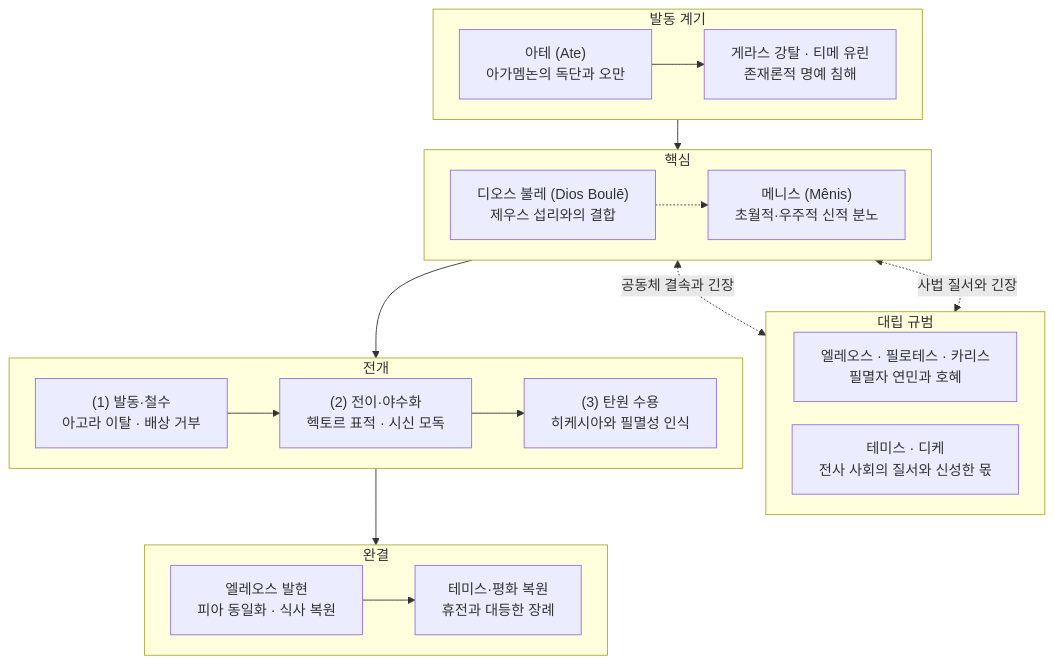
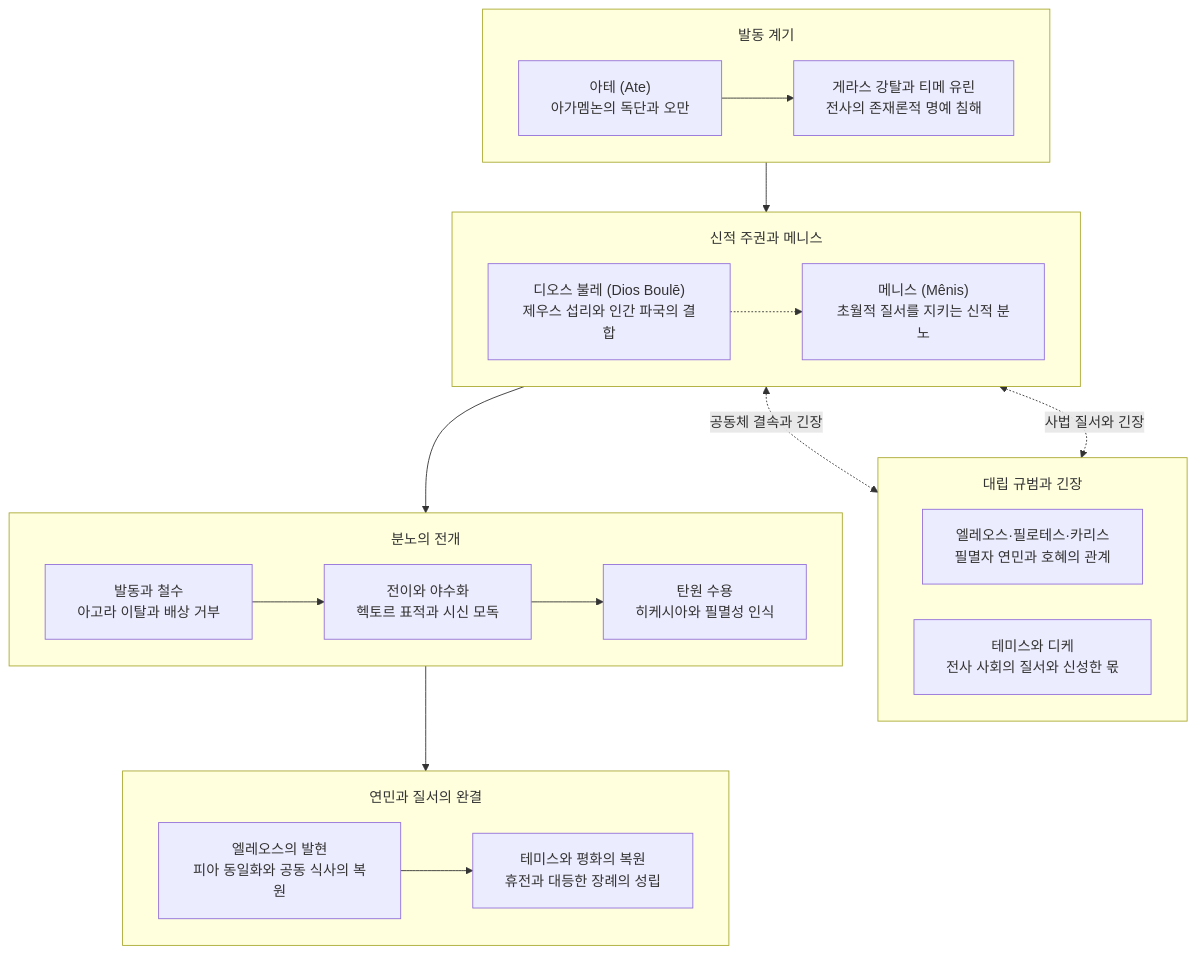
Before and after one commit to YgHnSIM/Homer_wiki: the diagram in wiki/concepts/concept-menis.md, drawn with Mermaid. The commit also changed 9 other files, not shown here.

Commit message:
refactor(concepts): concept Mermaid 신규격 일괄 적용

````diff
--- a/wiki/concepts/concept-menis.md
+++ b/wiki/concepts/concept-menis.md
@@ -151,37 +151,40 @@
 ```mermaid
-%%{init: {'flowchart': {'useMaxWidth': true, 'nodeSpacing': 26, 'rankSpacing': 34}}}%%
+%%{init: {'flowchart': {'useMaxWidth': true, 'nodeSpacing': 40, 'rankSpacing': 56, 'padding': 18, 'subGraphTitleMargin': {'top': 18, 'bottom': 10}}}}%%
 flowchart TD
     subgraph Trigger ["발동 계기"]
         direction LR
-        Ate["아테 (Ate)<br/>아가멤논의 독단과 오만"] --> Wound["게라스 강탈 · 티메 유린<br/>존재론적 명예 침해"]:::crisis
+        Ate["아테 (Ate)<br/>아가멤논의 독단과 오만"] --> Wound["게라스 강탈과 티메 유린<br/>전사의 존재론적 명예 침해"]:::crisis
     end
 
-    subgraph Core ["핵심"]
+    subgraph Core ["신적 주권과 메니스"]
         direction LR
-        Zeus["디오스 불레 (Dios Boulē)<br/>제우스 섭리와의 결합"]
-        Menis["메니스 (Mênis)<br/>초월적·우주적 신적 분노"]:::focus
+        Zeus["디오스 불레 (Dios Boulē)<br/>제우스 섭리와 인간 파국의 결합"]
+        Menis["메니스 (Mênis)<br/>초월적 질서를 지키는 신적 분노"]:::focus
         Zeus -.-> Menis
     end
 
-    subgraph Polarity ["대립 규범"]
+    subgraph Polarity ["대립 규범과 긴장"]
         direction LR
-        Bond["엘레오스 · 필로테스 · 카리스<br/>필멸자 연민과 호혜"]:::resolve
-        Law["테미스 · 디케<br/>전사 사회의 질서와 신성한 몫"]
+        Bond["엘레오스·필로테스·카리스<br/>필멸자 연민과 호혜의 관계"]:::resolve
+        Law["테미스와 디케<br/>전사 사회의 질서와 신성한 몫"]
     end
 
-    subgraph Arc ["전개"]
+    subgraph Arc ["분노의 전개"]
         direction LR
-        S1["(1) 발동·철수<br/>아고라 이탈 · 배상 거부"] --> S2["(2) 전이·야수화<br/>헥토르 표적 · 시신 모독"]:::crisis --> S3["(3) 탄원 수용<br/>히케시아와 필멸성 인식"]
+        Withdraw["발동과 철수<br/>아고라 이탈과 배상 거부"] --> Beast["전이와 야수화<br/>헥토르 표적과 시신 모독"]:::crisis
+        Beast --> Petition["탄원 수용<br/>히케시아와 필멸성 인식"]:::resolve
     end
 
-    subgraph End ["완결"]
+    subgraph End ["연민과 질서의 완결"]
         direction LR
-        Eleos["엘레오스 발현<br/>피아 동일화 · 식사 복원"]:::resolve --> Peace["테미스·평화 복원<br/>휴전과 대등한 장례"]:::resolve
+        Eleos["엘레오스의 발현<br/>피아 동일화와 공동 식사의 복원"]:::resolve
+        Peace["테미스와 평화의 복원<br/>휴전과 대등한 장례의 성립"]:::resolve
+        Eleos --> Peace
     end
 
     Wound --> Menis
     Menis <-.->|"공동체 결속과 긴장"| Bond
     Menis <-.->|"사법 질서와 긴장"| Law
-    Menis --> S1
-    S3 --> Eleos
+    Menis --> Withdraw
+    Petition --> Eleos
 ```
````
